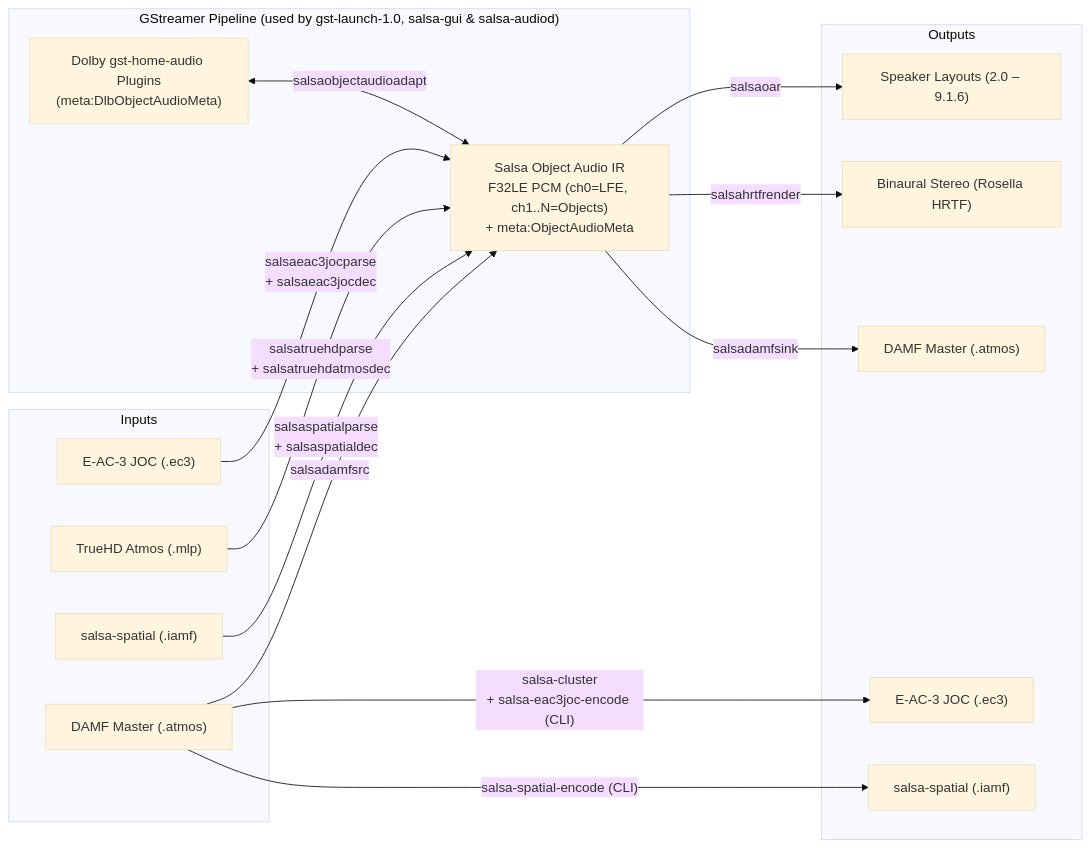
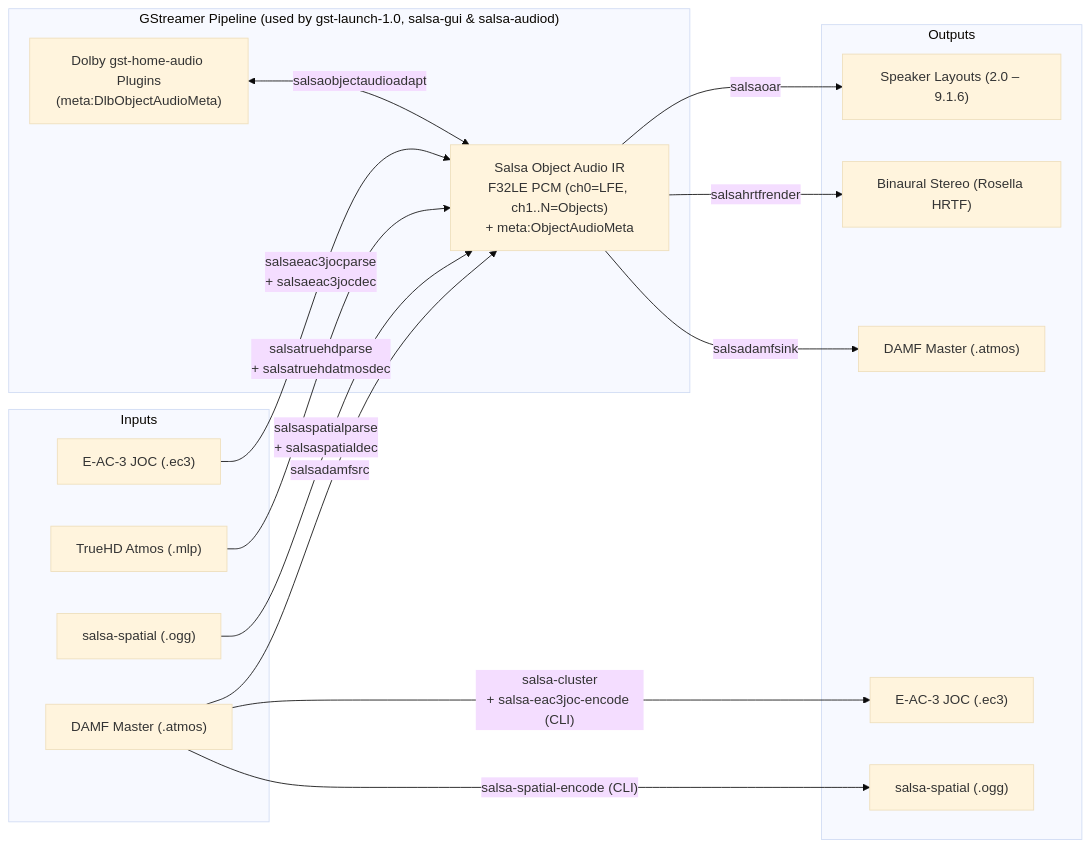
The diagram in README.md (yuygfgg/salsa), drawn with Mermaid (base theme) before and after one commit. The commit also changed other lines of this file and 41 other files, not shown here.

````diff
--- a/README.md
+++ b/README.md
@@ -86,34 +86,34 @@
 ```mermaid
 flowchart LR
     subgraph Inputs["Inputs"]
         EC3["E-AC-3 JOC (.ec3)"]
         THD["TrueHD Atmos (.mlp)"]
-        SPATIAL["salsa-spatial (.iamf)"]
+        SPATIAL["salsa-spatial (.ogg)"]
         DAMF_IN["DAMF Master (.atmos)"]
     end
 
     subgraph GST["GStreamer Pipeline (used by gst-launch-1.0, salsa-gui & salsa-audiod)"]
         OBJ["Salsa Object Audio IR\nF32LE PCM (ch0=LFE, ch1..N=Objects)\n+ meta:ObjectAudioMeta"]
         DLB["Dolby gst-home-audio Plugins\n(meta:DlbObjectAudioMeta)"]
         DLB <-->|"salsaobjectaudioadapt"| OBJ
     end
 
     subgraph Outputs["Outputs"]
         OAR["Speaker Layouts (2.0 – 9.1.6)"]
         HRTF["Binaural Stereo (Rosella HRTF)"]
         DAMF_OUT["DAMF Master (.atmos)"]
         JOC_ENC["E-AC-3 JOC (.ec3)"]
-        SPATIAL_ENC["salsa-spatial (.iamf)"]
+        SPATIAL_ENC["salsa-spatial (.ogg)"]
     end
 
     EC3 -->|"salsaeac3jocparse\n+ salsaeac3jocdec"| OBJ
     THD -->|"salsatruehdparse\n+ salsatruehdatmosdec"| OBJ
     SPATIAL -->|"salsaspatialparse\n+ salsaspatialdec"| OBJ
     DAMF_IN -->|"salsadamfsrc"| OBJ
 
     OBJ -->|"salsaoar"| OAR
     OBJ -->|"salsahrtfrender"| HRTF
     OBJ -->|"salsadamfsink"| DAMF_OUT
     DAMF_IN -->|"salsa-cluster\n+ salsa-eac3joc-encode (CLI)"| JOC_ENC
     DAMF_IN -->|"salsa-spatial-encode (CLI)"| SPATIAL_ENC
 ```
````
